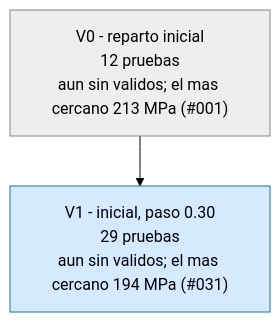
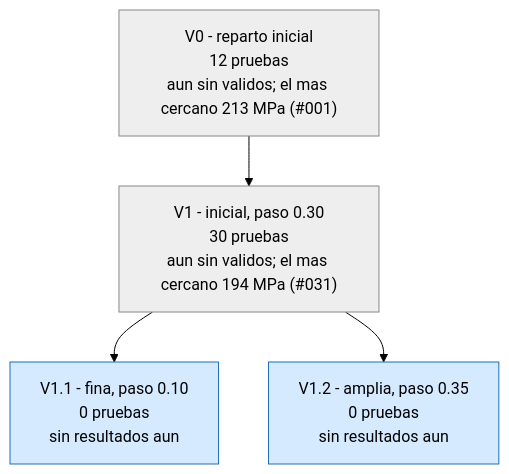
The first of 3 diagrams in runs/opt_37800N/ARBOL.md (Hugiko/msd-soporte-optimizacion), drawn with Mermaid (forest theme) before and after one commit. The commit also changed 16 other files, not shown here.

````diff
--- a/runs/opt_37800N/ARBOL.md
+++ b/runs/opt_37800N/ARBOL.md
@@ -9,9 +9,13 @@
 ```mermaid
 graph TD
 classDef activa fill:#d6eaff,stroke:#1f6fb5,color:#000
 classDef fin fill:#eeeeee,stroke:#888,color:#000
 classDef mejor fill:#c8f0c0,stroke:#1a9850,stroke-width:4px,color:#000
 V0["V0 - reparto inicial<br/>12 pruebas<br/>aun sin validos; el mas cercano 213 MPa (#001)"]:::fin
-V1["V1 - inicial, paso 0.30<br/>29 pruebas<br/>aun sin validos; el mas cercano 194 MPa (#031)"]:::activa
+V1["V1 - inicial, paso 0.30<br/>30 pruebas<br/>aun sin validos; el mas cercano 194 MPa (#031)"]:::fin
 V0 --> V1
+V1_1["V1.1 - fina, paso 0.10<br/>0 pruebas<br/>sin resultados aun"]:::activa
+V1 --> V1_1
+V1_2["V1.2 - amplia, paso 0.35<br/>0 pruebas<br/>sin resultados aun"]:::activa
+V1 --> V1_2
 ```
````
